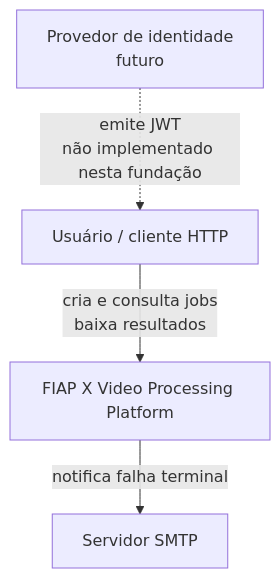
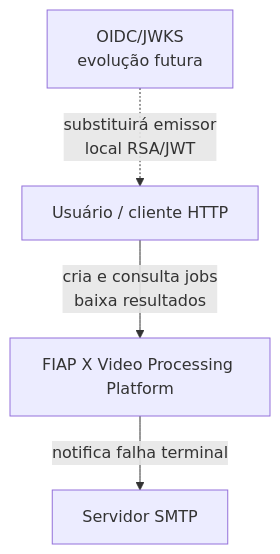
Before and after one commit to fiap-postech-team/fiapx-video-platform: the first of 7 diagrams in docs/architecture/architecture.md, drawn with Mermaid. The commit also changed other lines of this file and 6 other files, not shown here.

````diff
--- a/docs/architecture/architecture.md
+++ b/docs/architecture/architecture.md
@@ -12,10 +14,10 @@
 ```mermaid
 flowchart TB
     USER[Usuário / cliente HTTP]
     SYSTEM[FIAP X Video Processing Platform]
-    IDP[Provedor de identidade<br/>futuro]
+    IDP[OIDC/JWKS<br/>evolução futura]
     SMTP[Servidor SMTP]
     USER -->|cria e consulta jobs<br/>baixa resultados| SYSTEM
-    IDP -.->|emite JWT<br/>não implementado nesta fundação| USER
+    IDP -.->|substituirá emissor<br/>local RSA/JWT| USER
     SYSTEM -->|notifica falha terminal| SMTP
 ```
````
